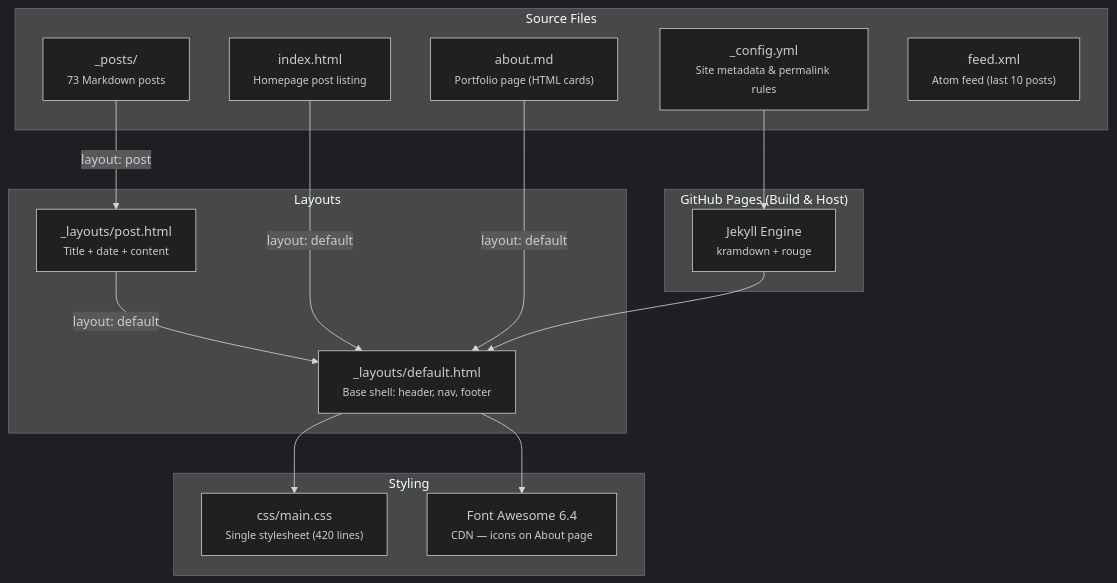
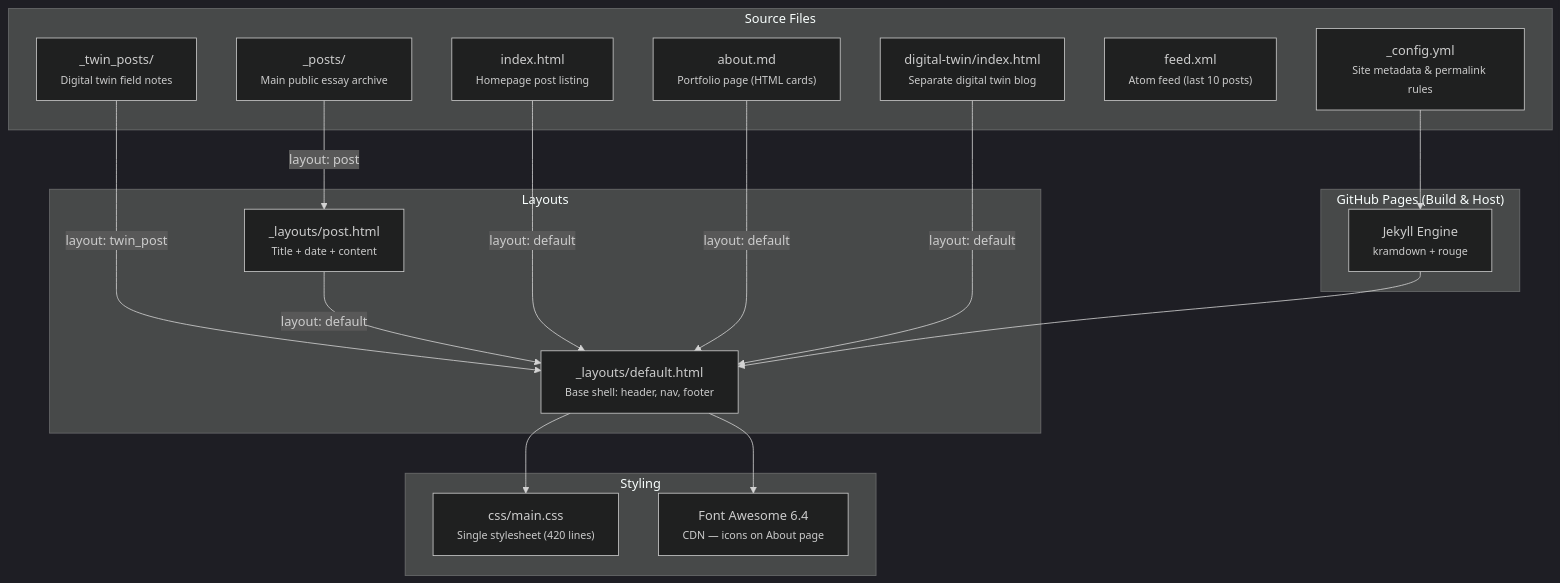
One commit to kody-w/kody-w.github.io changed the diagram in README.md. Above: the diagram before and after it, drawn with Mermaid (dark theme). The commit also changed other lines of this file and 8 other files, not shown here.

Commit message:
Add digital twin blog

````diff
--- a/README.md
+++ b/README.md
@@ -22,33 +22,37 @@
 ```mermaid
 graph TD
     subgraph "GitHub Pages (Build & Host)"
         Jekyll["Jekyll Engine<br/><small>kramdown + rouge</small>"]
     end
 
     subgraph "Source Files"
         Config["_config.yml<br/><small>Site metadata & permalink rules</small>"]
-        Posts["_posts/<br/><small>73 Markdown posts</small>"]
+        Posts["_posts/<br/><small>Main public essay archive</small>"]
+        TwinPosts["_twin_posts/<br/><small>Digital twin field notes</small>"]
         About["about.md<br/><small>Portfolio page (HTML cards)</small>"]
         Index["index.html<br/><small>Homepage post listing</small>"]
         Feed["feed.xml<br/><small>Atom feed (last 10 posts)</small>"]
+        TwinIndex["digital-twin/index.html<br/><small>Separate digital twin blog</small>"]
     end
 
     subgraph "Layouts"
         Default["_layouts/default.html<br/><small>Base shell: header, nav, footer</small>"]
         PostLayout["_layouts/post.html<br/><small>Title + date + content</small>"]
     end
 
     subgraph "Styling"
         CSS["css/main.css<br/><small>Single stylesheet (420 lines)</small>"]
         FA["Font Awesome 6.4<br/><small>CDN — icons on About page</small>"]
     end
 
     Posts -->|layout: post| PostLayout
+    TwinPosts -->|layout: twin_post| Default
     PostLayout -->|layout: default| Default
     Index -->|layout: default| Default
     About -->|layout: default| Default
+    TwinIndex -->|layout: default| Default
     Default --> CSS
     Default --> FA
     Config --> Jekyll
     Jekyll --> Default
 ```
````
